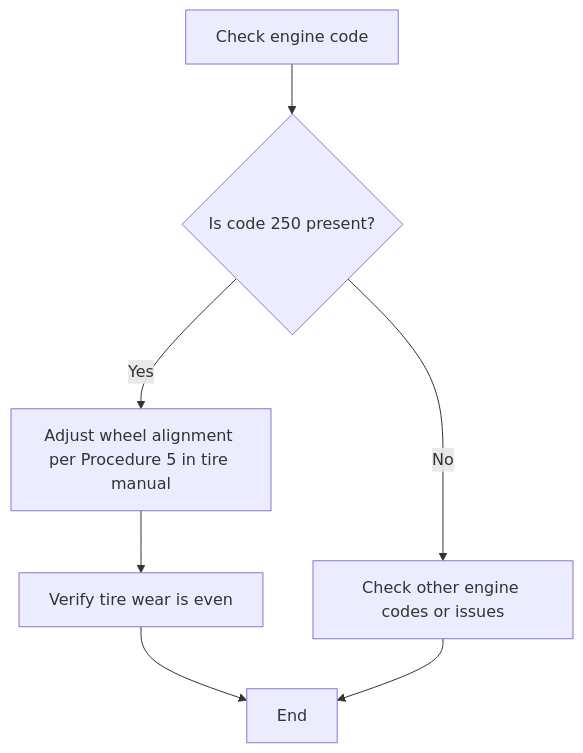
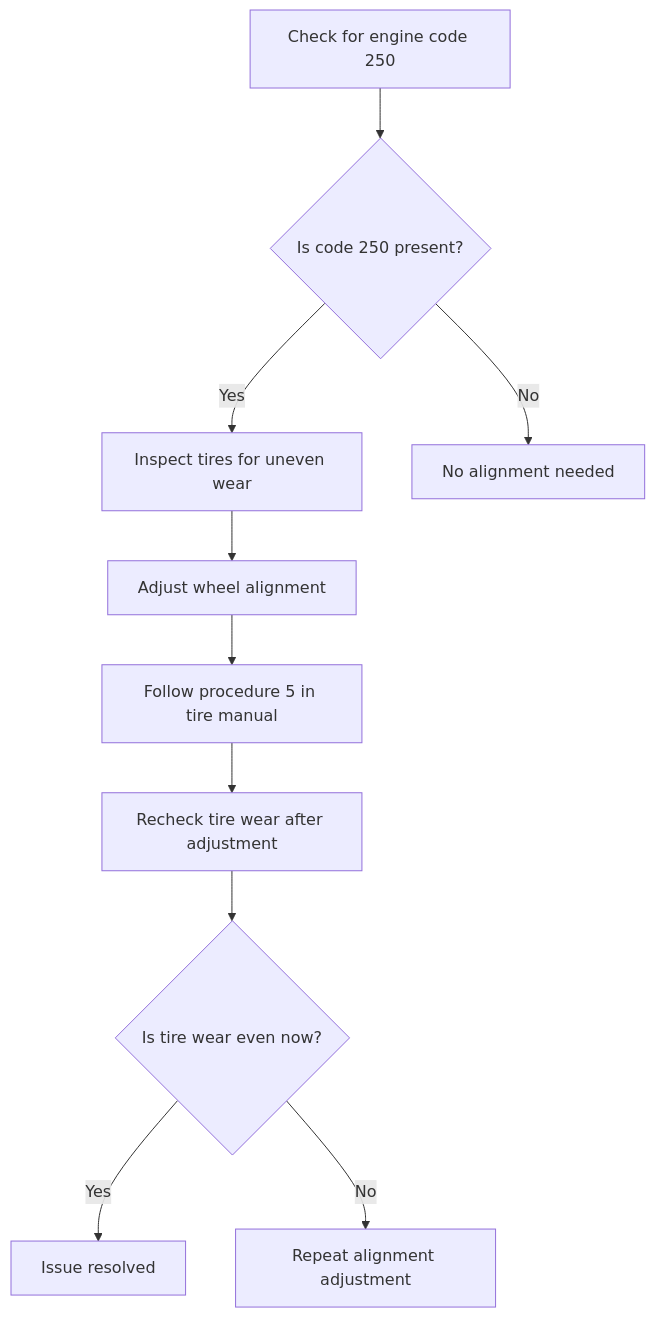
Before and after one commit to beaumanvienna/JarvisAgent: the second of 3 diagrams in example/workflows/vehicleTroubleshootingGuide_task04.md, drawn with Mermaid. The commit also changed other lines of this file and 48 other files, not shown here.

````diff
--- a/example/workflows/vehicleTroubleshootingGuide_task04.md
+++ b/example/workflows/vehicleTroubleshootingGuide_task04.md
@@ -36,9 +30,12 @@
 ```mermaid
 flowchart TD
-    A[Check engine code] --> B{Is code 250 present?}
-    B -- Yes --> C[Adjust wheel alignment per Procedure 5 in tire manual]
-    B -- No --> D[Check other engine codes or issues]
-    C --> E[Verify tire wear is even]
-    E --> F[End]
-    D --> F
+  A["Check for engine code 250"] --> B{"Is code 250 present?"}
+  B -->|"Yes"| C["Inspect tires for uneven wear"]
+  C --> D["Adjust wheel alignment"]
+  D --> E["Follow procedure 5 in tire manual"]
+  E --> F["Recheck tire wear after adjustment"]
+  F --> G{"Is tire wear even now?"}
+  G -->|"Yes"| H["Issue resolved"]
+  G -->|"No"| I["Repeat alignment adjustment"]
+  B -->|"No"| J["No alignment needed"]
 ```
````
